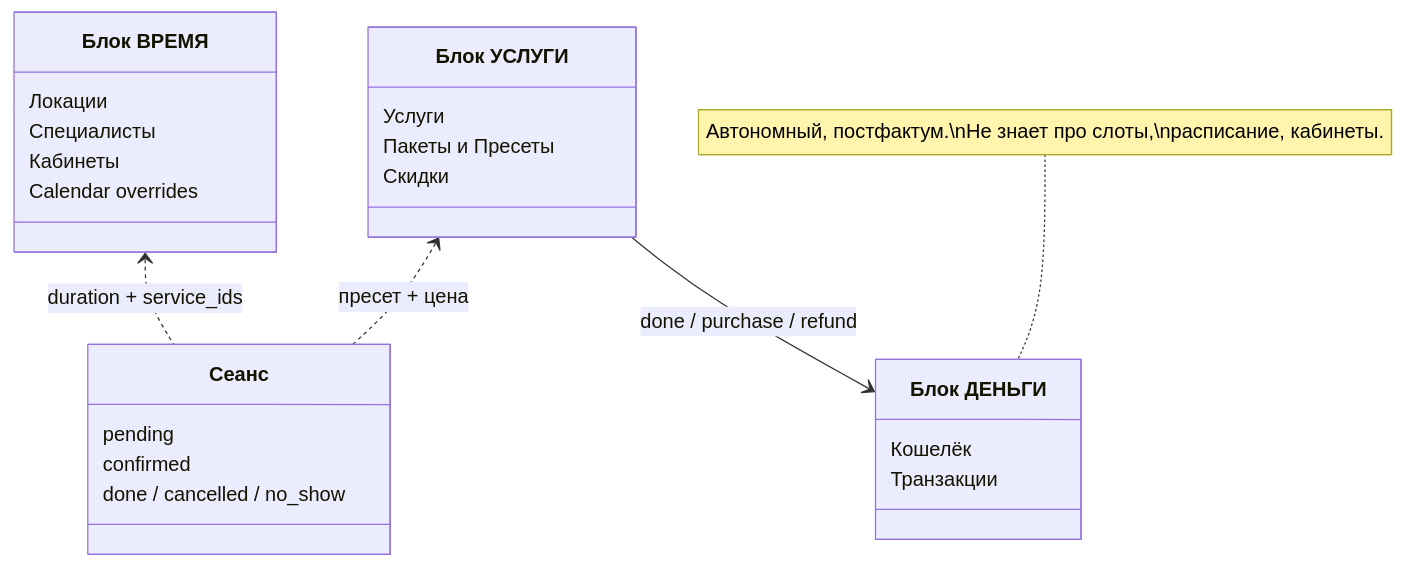
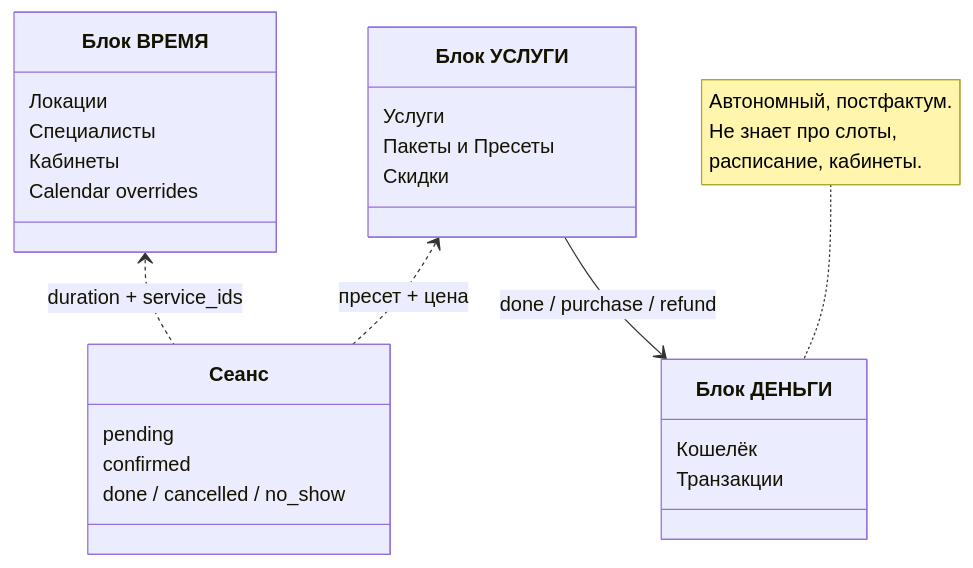
The first of 2 diagrams in docs/contract.md (lottoprof/booking), drawn with Mermaid before and after one commit.

````diff
--- a/docs/contract.md
+++ b/docs/contract.md
@@ -9,31 +9,31 @@
 ```mermaid
 classDiagram
   class Time["Блок ВРЕМЯ"] {
     Локации
     Специалисты
     Кабинеты
     Calendar overrides
   }
 
   class Services["Блок УСЛУГИ"] {
     Услуги
     Пакеты и Пресеты
     Скидки
   }
 
   class Money["Блок ДЕНЬГИ"] {
     Кошелёк
     Транзакции
   }
-  note for Money "Автономный, постфактум.\nНе знает про слоты,\nрасписание, кабинеты."
+  note for Money "Автономный, постфактум.<br>Не знает про слоты,<br>расписание, кабинеты."
 
   class Booking["Сеанс"] {
     pending
     confirmed
     done / cancelled / no_show
   }
 
   Time <.. Booking : duration + service_ids
   Services <.. Booking : пресет + цена
   Services --> Money : done / purchase / refund
 ```
````
